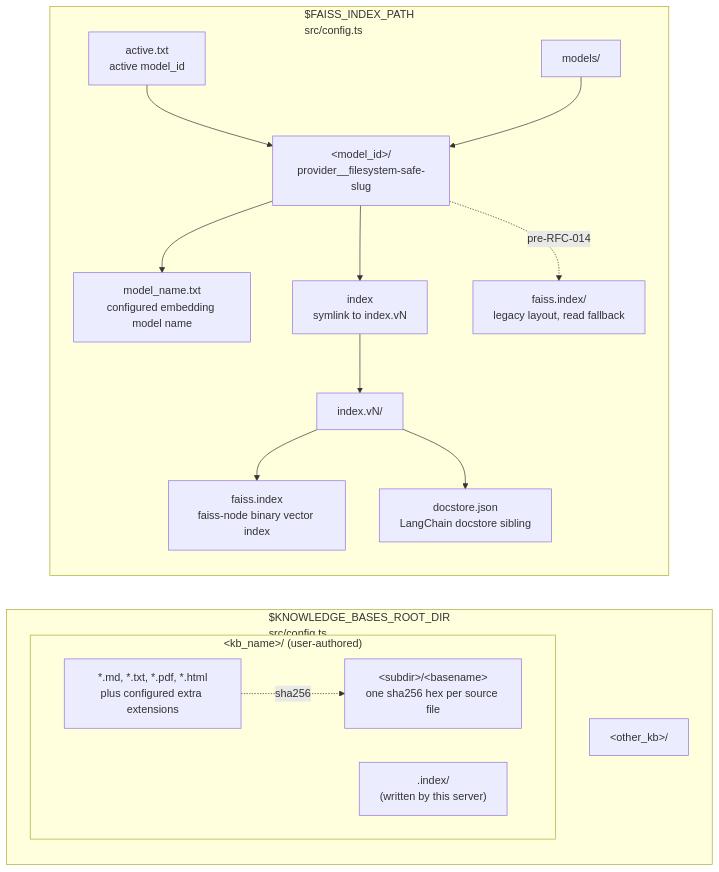
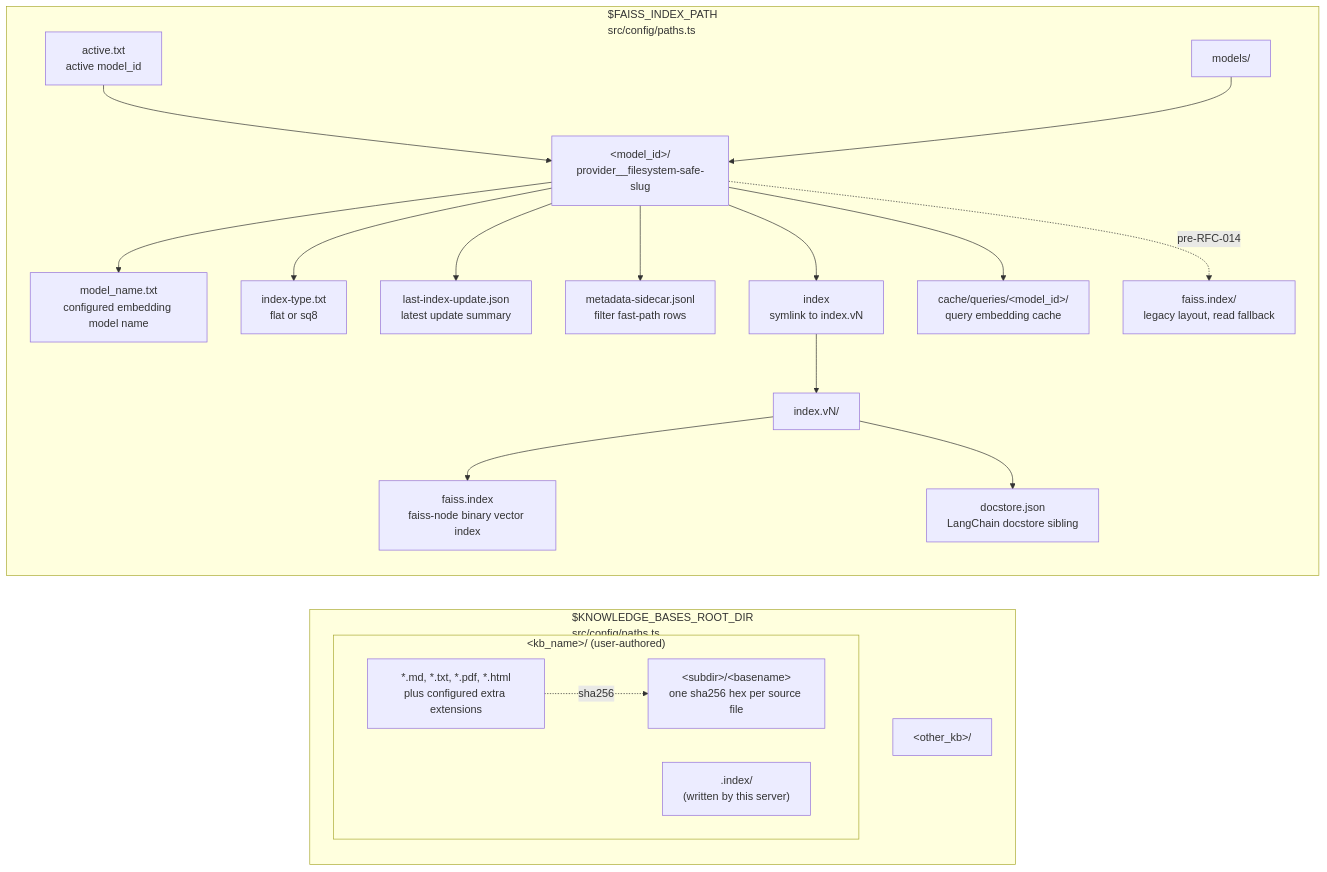
Before and after one commit to jeanibarz/knowledge-base-mcp-server: the diagram in docs/architecture/data-model.md, drawn with Mermaid. The commit also changed other lines of this file and 17 other files, not shown here.

Commit message:
docs: align architecture with current implementation

````diff
--- a/docs/architecture/data-model.md
+++ b/docs/architecture/data-model.md
@@ -7,35 +7,43 @@
 ```mermaid
 flowchart LR
-  subgraph kbs["$KNOWLEDGE_BASES_ROOT_DIR<br/>src/config.ts"]
+  subgraph kbs["$KNOWLEDGE_BASES_ROOT_DIR<br/>src/config/paths.ts"]
     direction TB
     subgraph kb1["&lt;kb_name&gt;/  (user-authored)"]
       Source["*.md, *.txt, *.pdf, *.html<br/>plus configured extra extensions"]
       SidecarDir[".index/<br/>(written by this server)"]
       Sidecar["&lt;subdir&gt;/&lt;basename&gt;<br/>one sha256 hex per source file"]
       Source -.sha256.-> Sidecar
     end
     kb2["&lt;other_kb&gt;/"]
   end
 
-  subgraph faiss["$FAISS_INDEX_PATH<br/>src/config.ts"]
+  subgraph faiss["$FAISS_INDEX_PATH<br/>src/config/paths.ts"]
     direction TB
     Active["active.txt<br/>active model_id"]
     Models["models/"]
     ModelDir["&lt;model_id&gt;/<br/>provider__filesystem-safe-slug"]
-    ModelName["model_name.txt<br/>configured embedding model name"]
-    IndexLink["index<br/>symlink to index.vN"]
-    Version["index.vN/"]
-    Faiss["faiss.index<br/>faiss-node binary vector index"]
-    Docs["docstore.json<br/>LangChain docstore sibling"]
-    Legacy["faiss.index/<br/>legacy layout, read fallback"]
+      ModelName["model_name.txt<br/>configured embedding model name"]
+      IndexType["index-type.txt<br/>flat or sq8"]
+      LastUpdate["last-index-update.json<br/>latest update summary"]
+      MetadataSidecar["metadata-sidecar.jsonl<br/>filter fast-path rows"]
+      IndexLink["index<br/>symlink to index.vN"]
+      Version["index.vN/"]
+      Faiss["faiss.index<br/>faiss-node binary vector index"]
+      Docs["docstore.json<br/>LangChain docstore sibling"]
+      QueryCache["cache/queries/&lt;model_id&gt;/<br/>query embedding cache"]
+      Legacy["faiss.index/<br/>legacy layout, read fallback"]
 
     Active --> ModelDir
     Models --> ModelDir
     ModelDir --> ModelName
+    ModelDir --> IndexType
+    ModelDir --> LastUpdate
+    ModelDir --> MetadataSidecar
     ModelDir --> IndexLink
     IndexLink --> Version
     Version --> Faiss
     Version --> Docs
+    ModelDir --> QueryCache
     ModelDir -.pre-RFC-014.-> Legacy
   end
 ```
````
